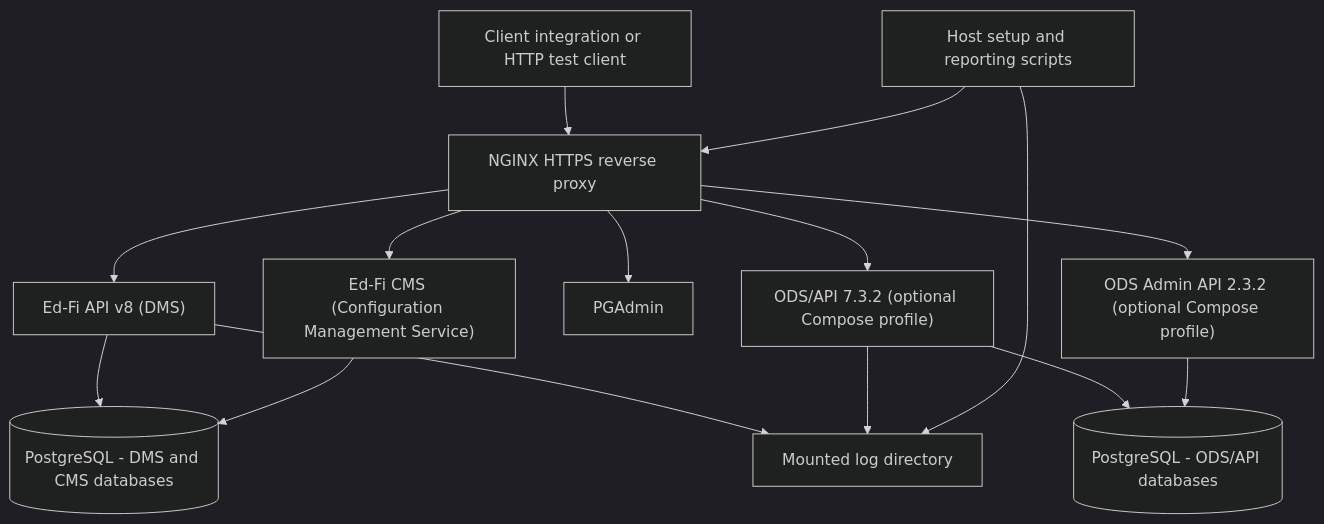
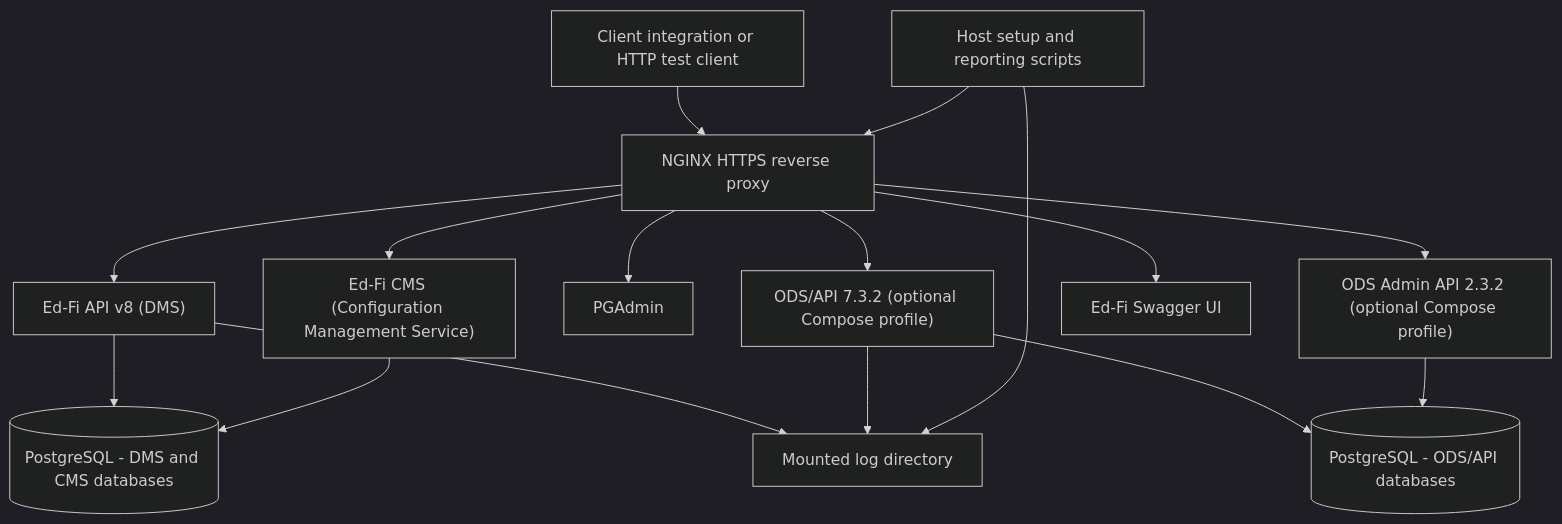
Before and after one commit to Ed-Fi-Exchange-OSS/DMS-pilot-testing-kit: the diagram in docs/client-integration-pilot-PRD.md, drawn with Mermaid (dark theme). The commit also changed other lines of this file and 1 other file, not shown here.

````diff
--- a/docs/client-integration-pilot-PRD.md
+++ b/docs/client-integration-pilot-PRD.md
@@ -157,17 +157,18 @@
 ```mermaid
 graph TD
   client["Client integration or HTTP test client"] --> nginx["NGINX HTTPS reverse proxy"]
   scripts["Host setup and reporting scripts"] --> nginx
   nginx --> dms["Ed-Fi API v8 (DMS)"]
   nginx --> cms["Ed-Fi CMS (Configuration Management Service)"]
   nginx --> pgadmin["PGAdmin"]
   nginx --> ods["ODS/API 7.3.2 (optional Compose profile)"]
   nginx --> adminapi["ODS Admin API 2.3.2 (optional Compose profile)"]
+  nginx --> swaggerUI["Ed-Fi Swagger UI"]
   dms --> dmsdb[("PostgreSQL - DMS and CMS databases")]
   cms --> dmsdb
   ods --> odsdb[("PostgreSQL - ODS/API databases")]
   adminapi --> odsdb
   dms --> logs["Mounted log directory"]
   ods --> logs
   scripts --> logs
 ```
````
